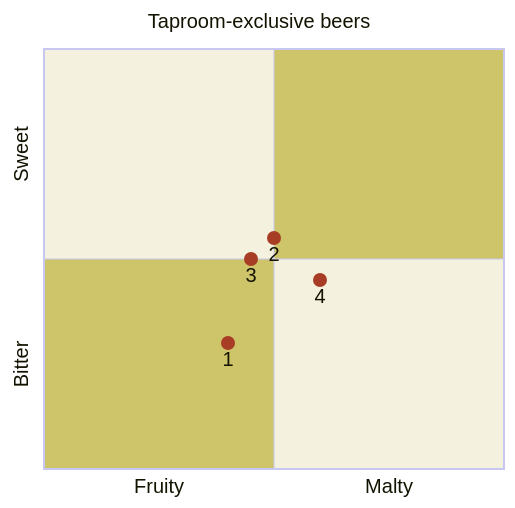
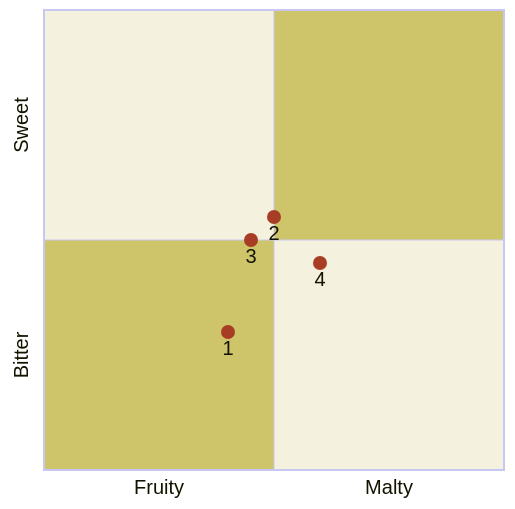
The first of 5 diagrams in docs/beers-taproom-exclusive.mdx (josh-wong/baird-beer-quadrants), drawn with Mermaid before and after one commit. The commit also changed other lines of this file and 3 other files, not shown here.

````diff
--- a/docs/beers-taproom-exclusive.mdx
+++ b/docs/beers-taproom-exclusive.mdx
@@ -14,11 +14,10 @@
 ```mermaid
 %%{init: {"quadrantChart": {"xAxisLabelFontSize": 20, "yAxisLabelFontSize": 20,"pointLabelFontSize": 20, "pointRadius": 7, "pointTextPadding": 9}, "themeVariables": {"quadrantPointFill": "#a83d25", "quadrant1Fill": "#cec56b", "quadrant2Fill": "#f4f2de", "quadrant3Fill": "#cec56b", "quadrant4Fill": "#f4f2de"} }}%%
 quadrantChart
-    title Taproom-exclusive beers
     x-axis Fruity --> Malty
     y-axis Bitter --> Sweet
     1: [0.40, 0.30]
     2: [0.50, 0.55]
     3: [0.45, 0.50]
     4: [0.60, 0.45]
 ```
````
